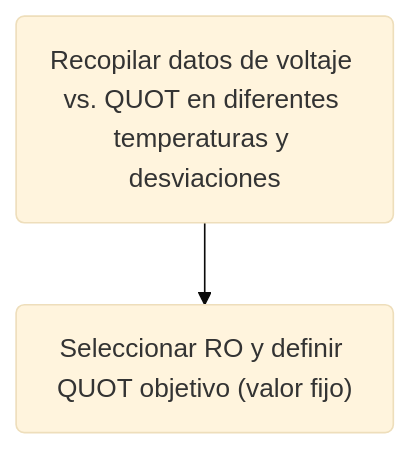
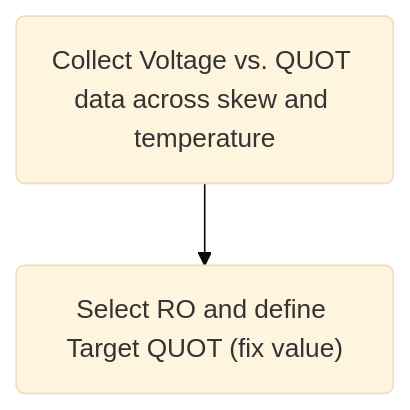
One commit to linyuxuanlin/Wiki_MkDocs changed the first of 5 diagrams in draft/to-translate_ar/MkDocs测试实验室.md. Above: the diagram before and after it, drawn with Mermaid (base theme). The commit also changed other lines of this file and 312 other files, not shown here.

````diff
--- a/draft/to-translate_ar/MkDocs测试实验室.md
+++ b/draft/to-translate_ar/MkDocs测试实验室.md
@@ -9,6 +9,6 @@
 ```mermaid
 graph TD
-    a1("Recopilar datos de voltaje vs. QUOT en diferentes temperaturas y desviaciones")
-    a2("Seleccionar RO y definir QUOT objetivo (valor fijo)")
+    a1("Collect Voltage vs. QUOT data across skew and temperature")
+    a2("Select RO and define Target QUOT (fix value)" )
     a1-->a2
 ```
````
